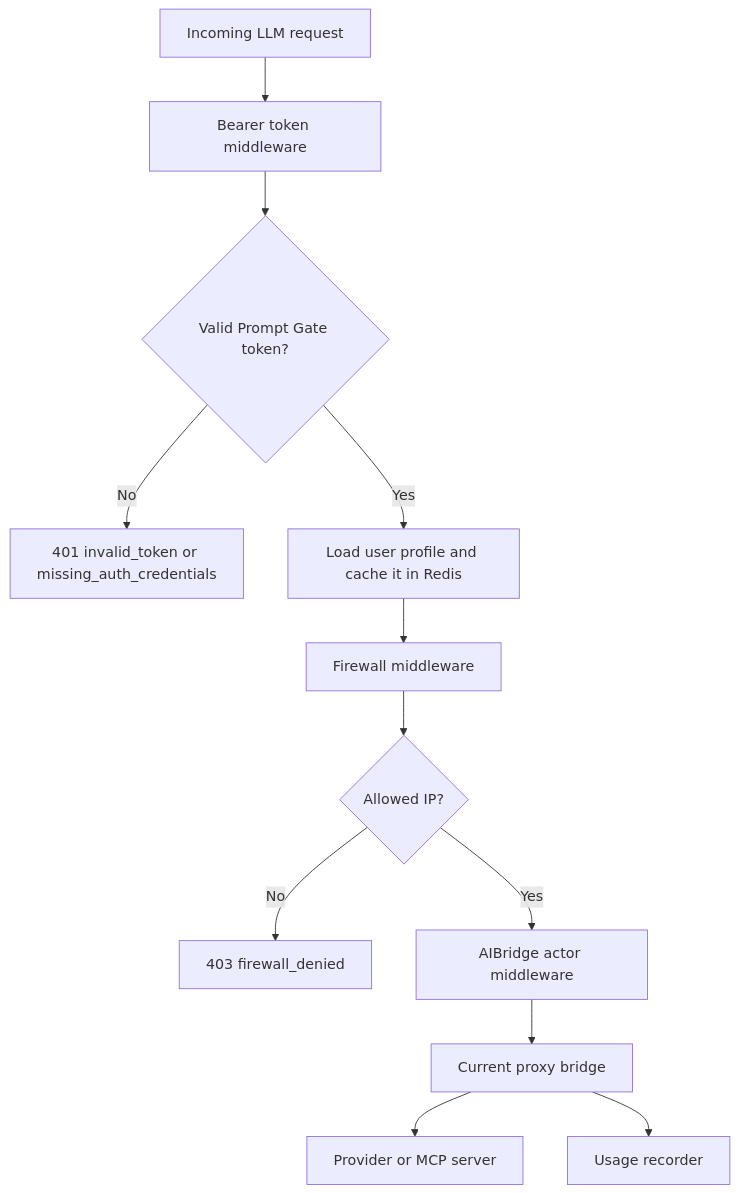
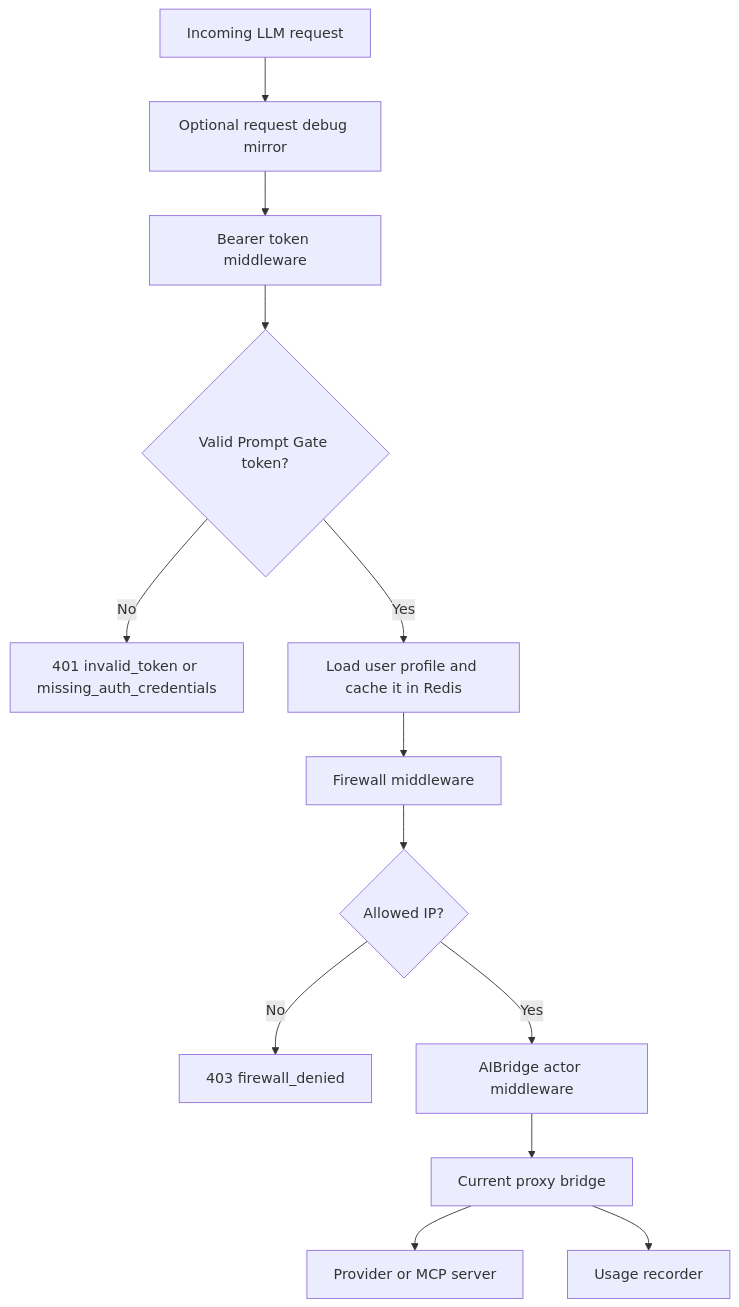
Before and after one commit to thomas-illiet/prompt-gate: the diagram in docs/proxy.md, drawn with Mermaid. The commit also changed other lines of this file and 12 other files, not shown here.

Commit message:
feat: add proxy request debug logging

````diff
--- a/docs/proxy.md
+++ b/docs/proxy.md
@@ -18,14 +18,15 @@
 ```mermaid
 flowchart TD
-    A["Incoming LLM request"] --> B["Bearer token middleware"]
+    A["Incoming LLM request"] --> Z["Optional request debug mirror"]
+    Z --> B["Bearer token middleware"]
     B --> C{"Valid Prompt Gate token?"}
     C -->|No| D["401 invalid_token or missing_auth_credentials"]
     C -->|Yes| E["Load user profile and cache it in Redis"]
     E --> F["Firewall middleware"]
     F --> G{"Allowed IP?"}
     G -->|No| H["403 firewall_denied"]
     G -->|Yes| I["AIBridge actor middleware"]
     I --> J["Current proxy bridge"]
     J --> K["Provider or MCP server"]
     J --> L["Usage recorder"]
 ```
````
